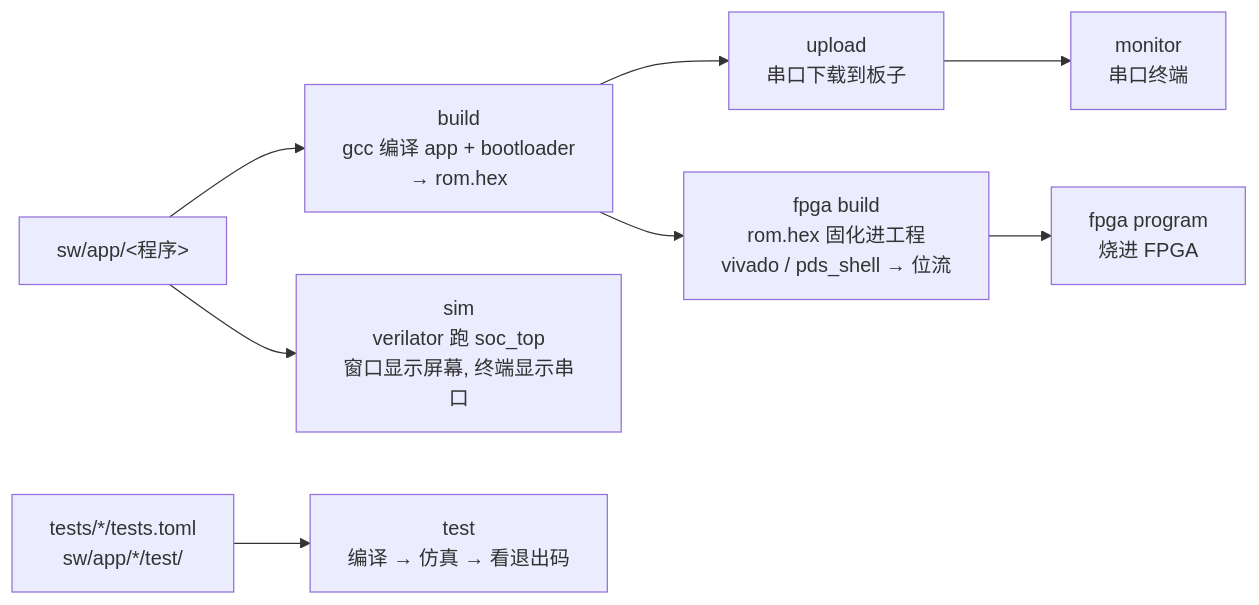
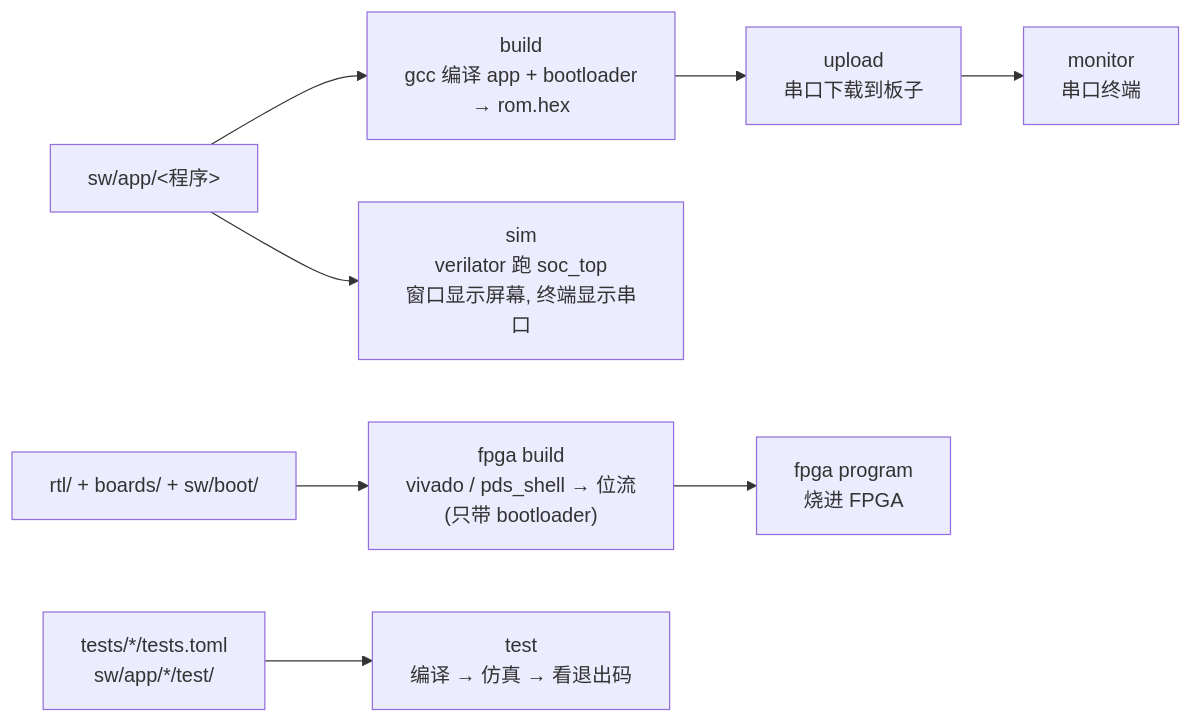
The diagram in tools/ama/README.md (Tamako0401/AMa-s-RISCV), drawn with Mermaid before and after one commit. The commit also changed other lines of this file and 6 other files, not shown here.

````diff
--- a/tools/ama/README.md
+++ b/tools/ama/README.md
@@ -7,10 +7,10 @@
 ```mermaid
 flowchart LR
     APP["sw/app/&lt;程序&gt;"] --> BUILD["build<br/>gcc 编译 app + bootloader<br/>→ rom.hex"]
     BUILD --> UPLOAD["upload<br/>串口下载到板子"]
     UPLOAD --> MON["monitor<br/>串口终端"]
-    BUILD --> FPGA["fpga build<br/>rom.hex 固化进工程<br/>vivado / pds_shell → 位流"]
+    RTL["rtl/ + boards/ + sw/boot/"] --> FPGA["fpga build<br/>vivado / pds_shell → 位流<br/>(只带 bootloader)"]
     FPGA --> PROG["fpga program<br/>烧进 FPGA"]
     APP --> SIM["sim<br/>verilator 跑 soc_top<br/>窗口显示屏幕, 终端显示串口"]
     TOML["tests/*/tests.toml<br/>sw/app/*/test/"] --> TEST["test<br/>编译 → 仿真 → 看退出码"]
 ```
````
